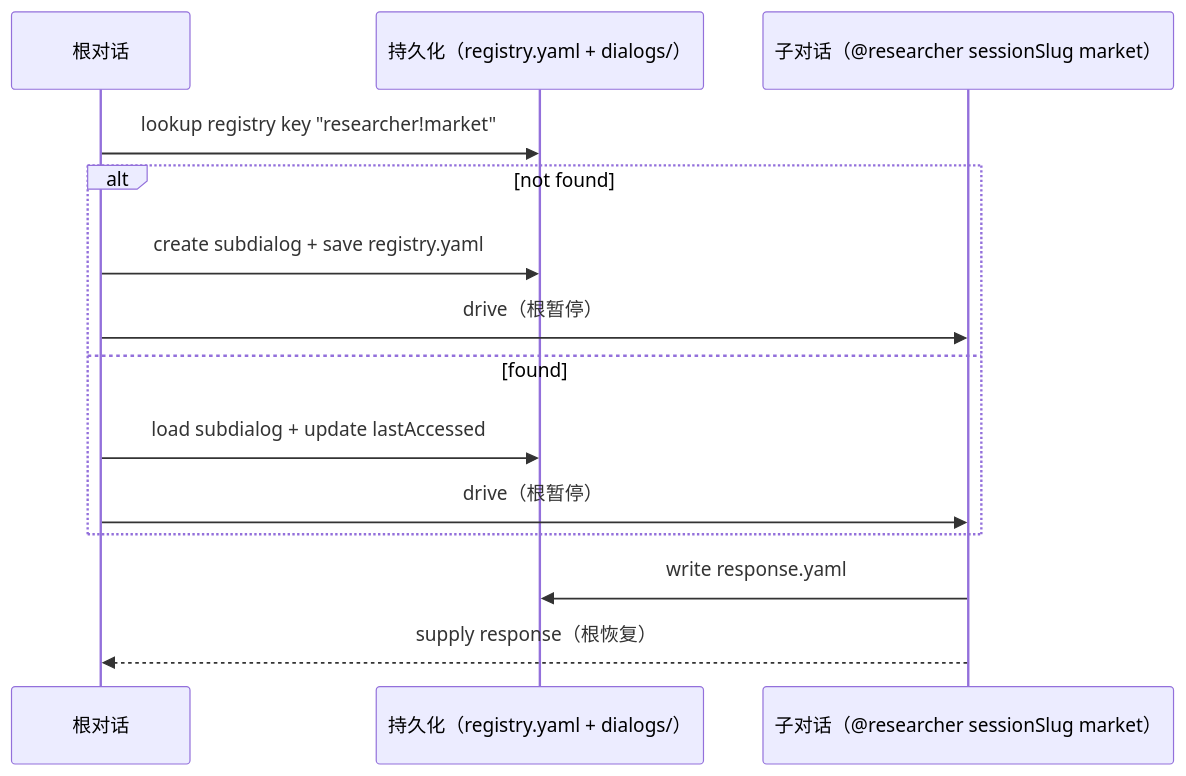
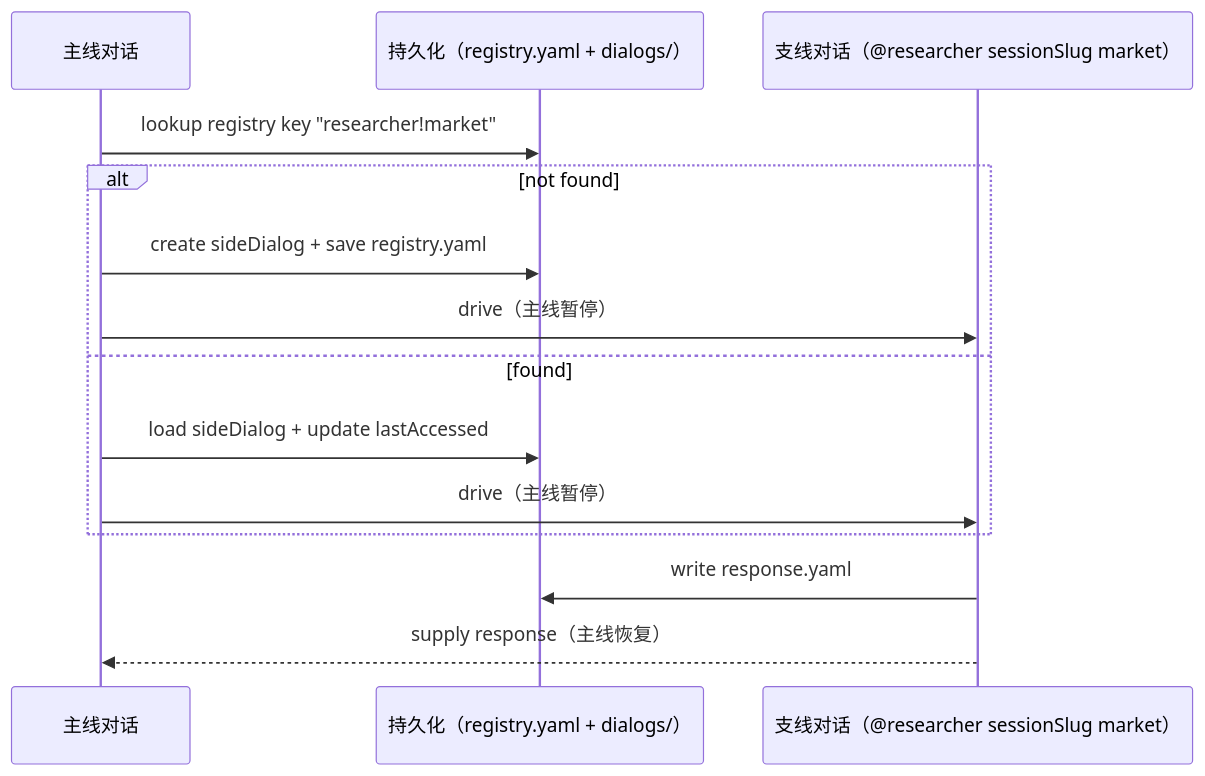
One commit to longrun-ai/dominds changed diagram 19 of 19 in docs/dialog-system.zh.md. Above: the diagram before and after it, drawn with Mermaid. The commit also changed other lines of this file and 195 other files, not shown here.

````diff
--- a/docs/dialog-system.zh.md
+++ b/docs/dialog-system.zh.md
@@ -1409,18 +1409,18 @@
 ```mermaid
 sequenceDiagram
-  participant Root as 根对话
+  participant Main as 主线对话
   participant Store as 持久化（registry.yaml + dialogs/）
-  participant Sub as 子对话（@researcher sessionSlug market）
+  participant Side as 支线对话（@researcher sessionSlug market）
 
-  Root->>Store: lookup registry key "researcher!market"
+  Main->>Store: lookup registry key "researcher!market"
   alt not found
-    Root->>Store: create subdialog + save registry.yaml
-    Root->>Sub: drive（根暂停）
+    Main->>Store: create sideDialog + save registry.yaml
+    Main->>Side: drive（主线暂停）
   else found
-    Root->>Store: load subdialog + update lastAccessed
-    Root->>Sub: drive（根暂停）
+    Main->>Store: load sideDialog + update lastAccessed
+    Main->>Side: drive（主线暂停）
   end
 
-  Sub->>Store: write response.yaml
-  Sub-->>Root: supply response（根恢复）
+  Side->>Store: write response.yaml
+  Side-->>Main: supply response（主线恢复）
 ```
````
